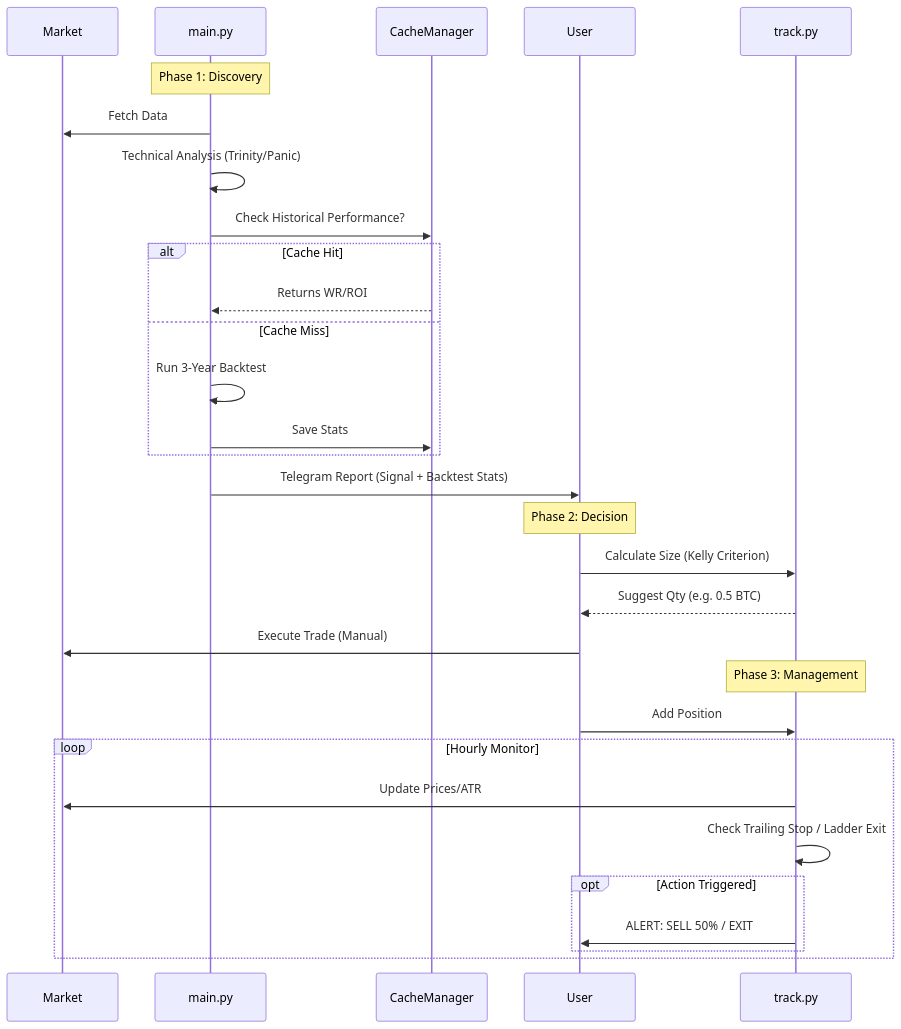
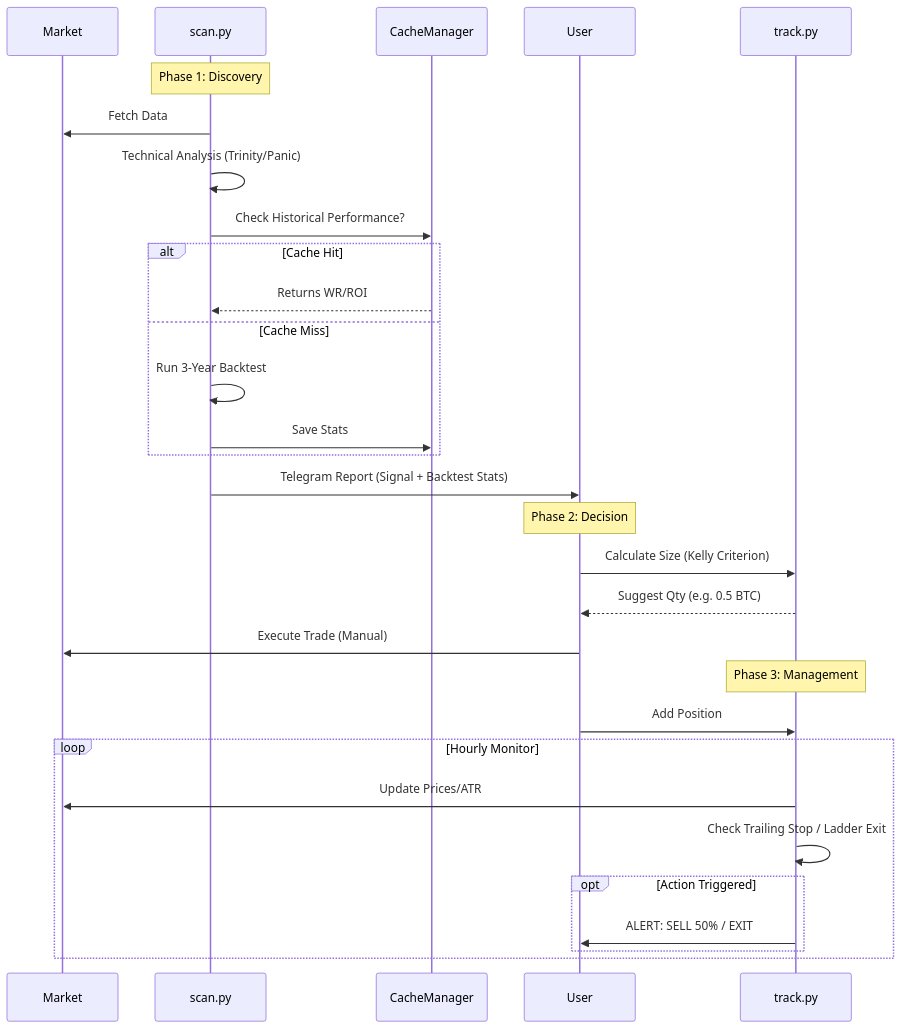
Before and after one commit to rayandcherry/OpenClaw-financial-intelligence: the second of 2 diagrams in README.md, drawn with Mermaid. The commit also changed other lines of this file and 9 other files, not shown here.

````diff
--- a/README.md
+++ b/README.md
@@ -174,37 +171,37 @@
 ```mermaid
 sequenceDiagram
     participant Market
-    participant Scanner as main.py
+    participant Scanner as scan.py
     participant Cache as CacheManager
     participant User
     participant Tracker as track.py
 
     Note over Scanner: Phase 1: Discovery
     Scanner->>Market: Fetch Data
     Scanner->>Scanner: Technical Analysis (Trinity/Panic)
     
     Scanner->>Cache: Check Historical Performance?
     alt Cache Hit
         Cache-->>Scanner: Returns WR/ROI
     else Cache Miss
         Scanner->>Scanner: Run 3-Year Backtest
         Scanner->>Cache: Save Stats
     end
     
     Scanner->>User: Telegram Report (Signal + Backtest Stats)
     
     Note over User: Phase 2: Decision
     User->>Tracker: Calculate Size (Kelly Criterion)
     Tracker-->>User: Suggest Qty (e.g. 0.5 BTC)
     User->>Market: Execute Trade (Manual)
     
     Note over Tracker: Phase 3: Management
     User->>Tracker: Add Position
     loop Hourly Monitor
         Tracker->>Market: Update Prices/ATR
         Tracker->>Tracker: Check Trailing Stop / Ladder Exit
         opt Action Triggered
             Tracker->>User: ALERT: SELL 50% / EXIT
         end
     end
 ```
````
